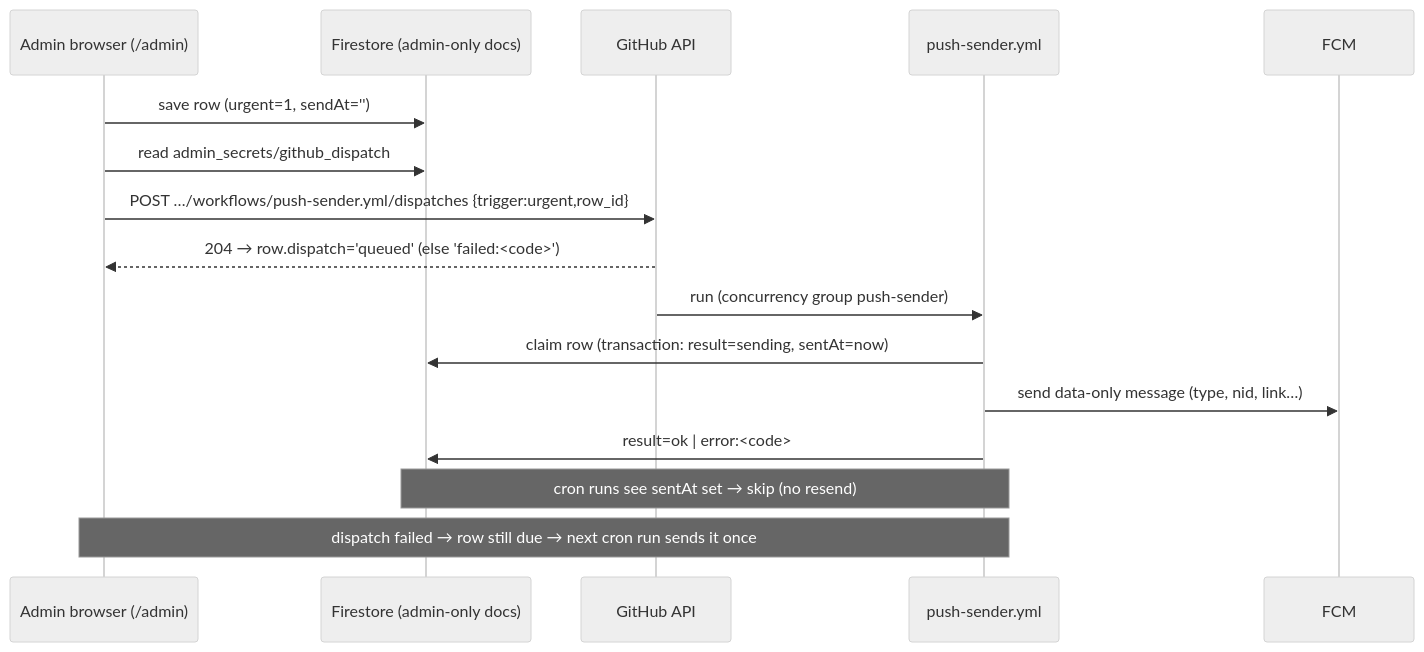
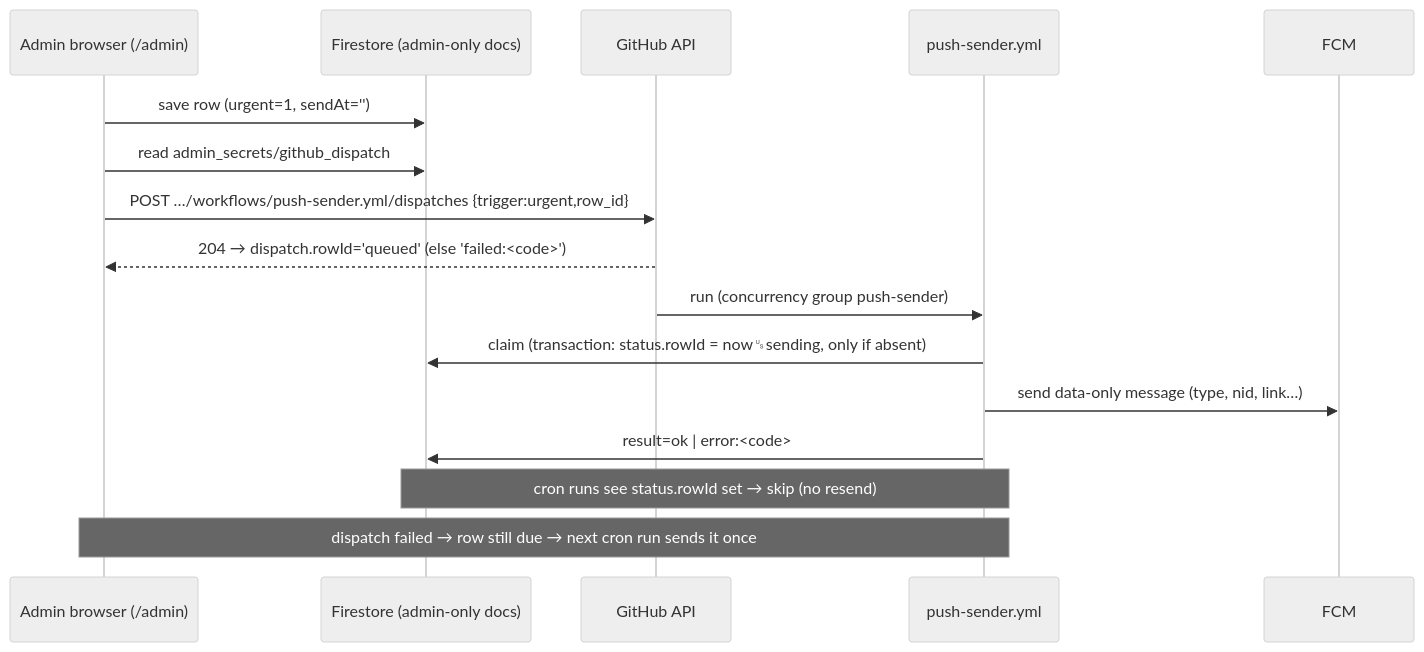
One commit to Kerollosmm/church-portal changed the diagram in docs/plans/phase2/PR-C-admin-notification-manager-fcm-sender-deeplinks.md. Above: the diagram before and after it, drawn with Mermaid (neutral theme). The commit also changed other lines of this file and 7 other files, not shown here.

````diff
--- a/docs/plans/phase2/PR-C-admin-notification-manager-fcm-sender-deeplinks.md
+++ b/docs/plans/phase2/PR-C-admin-notification-manager-fcm-sender-deeplinks.md
@@ -391,18 +431,18 @@
 ```mermaid
 sequenceDiagram
   participant A as Admin browser (/admin)
   participant FS as Firestore (admin-only docs)
   participant GH as GitHub API
   participant W as push-sender.yml
   participant F as FCM
   A->>FS: save row (urgent=1, sendAt='')
   A->>FS: read admin_secrets/github_dispatch
   A->>GH: POST …/workflows/push-sender.yml/dispatches {trigger:urgent,row_id}
-  GH-->>A: 204 → row.dispatch='queued' (else 'failed:<code>')
+  GH-->>A: 204 → dispatch.rowId='queued' (else 'failed:<code>')
   GH->>W: run (concurrency group push-sender)
-  W->>FS: claim row (transaction: result=sending, sentAt=now)
+  W->>FS: claim (transaction: status.rowId = now␟sending, only if absent)
   W->>F: send data-only message (type, nid, link…)
   W->>FS: result=ok | error:<code>
-  Note over W,FS: cron runs see sentAt set → skip (no resend)
+  Note over W,FS: cron runs see status.rowId set → skip (no resend)
   Note over A,W: dispatch failed → row still due → next cron run sends it once
 ```
````
